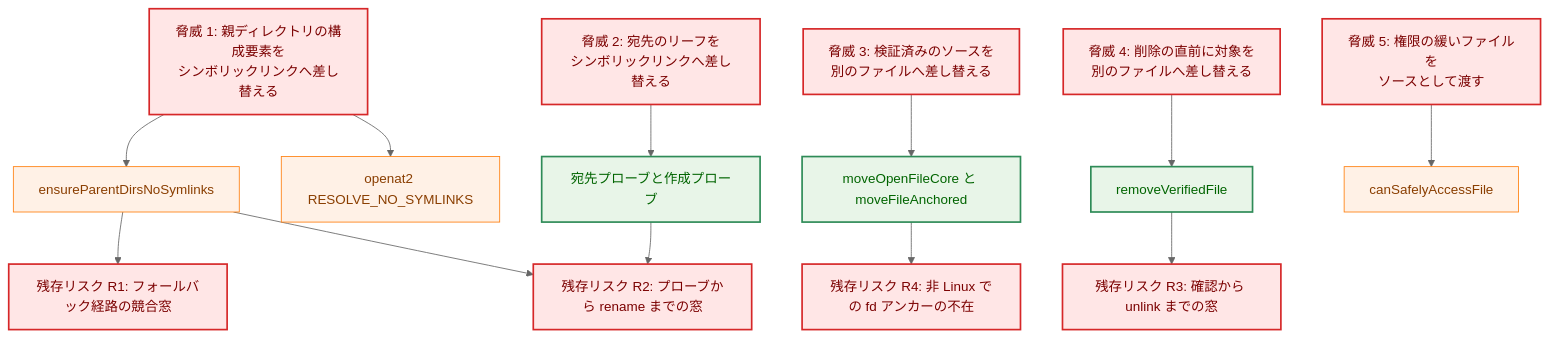
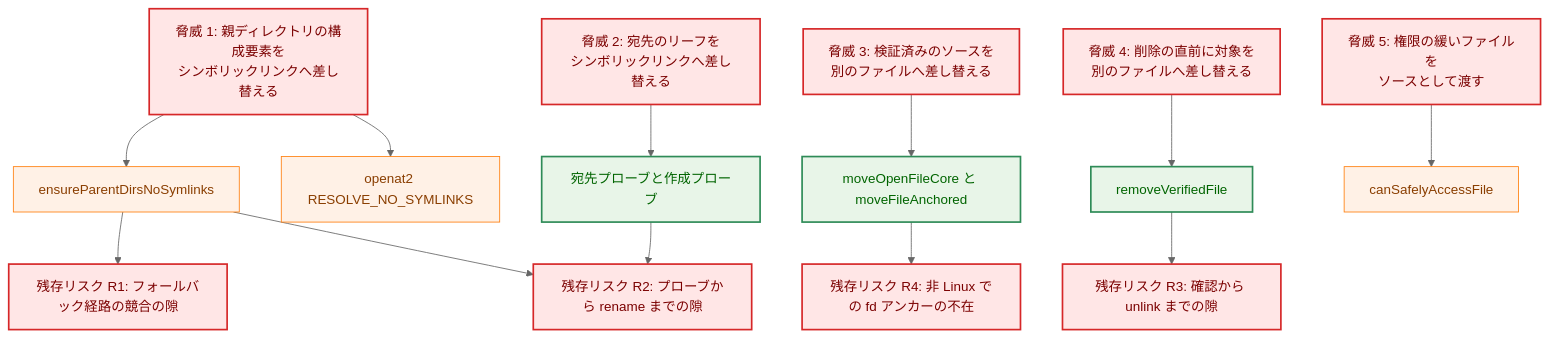
One commit to isseis/go-safe-cmd-runner changed the seventh of 12 diagrams in docs/tasks/0167_safefileio_b1_remaining/02_architecture.md. Above: the diagram before and after it, drawn with Mermaid (neutral theme). The commit also changed other lines of this file and 2 other files, not shown here.

````diff
--- a/docs/tasks/0167_safefileio_b1_remaining/02_architecture.md
+++ b/docs/tasks/0167_safefileio_b1_remaining/02_architecture.md
@@ -519,41 +519,41 @@
 ```mermaid
 flowchart TD
     classDef process fill:#fff1e6,stroke:#ff7f0e,stroke-width:1px,color:#8a3e00;
     classDef enhanced fill:#e8f5e8,stroke:#2e8b57,stroke-width:2px,color:#006400;
     classDef problem fill:#ffe6e6,stroke:#d62728,stroke-width:2px,color:#7b0000;
 
     T1["脅威 1: 親ディレクトリの構成要素を<br>シンボリックリンクへ差し替える"]
     T2["脅威 2: 宛先のリーフを<br>シンボリックリンクへ差し替える"]
     T3["脅威 3: 検証済みのソースを<br>別のファイルへ差し替える"]
     T4["脅威 4: 削除の直前に対象を<br>別のファイルへ差し替える"]
     T5["脅威 5: 権限の緩いファイルを<br>ソースとして渡す"]
 
     D1["ensureParentDirsNoSymlinks"]
     D2["openat2 RESOLVE_NO_SYMLINKS"]
     D3["宛先プローブと作成プローブ"]
     D4["moveOpenFileCore と moveFileAnchored"]
     D5["removeVerifiedFile"]
     D6["canSafelyAccessFile"]
 
-    R1["残存リスク R1: フォールバック経路の競合窓"]
-    R2["残存リスク R2: プローブから rename までの窓"]
-    R3["残存リスク R3: 確認から unlink までの窓"]
+    R1["残存リスク R1: フォールバック経路の競合の隙"]
+    R2["残存リスク R2: プローブから rename までの隙"]
+    R3["残存リスク R3: 確認から unlink までの隙"]
     R4["残存リスク R4: 非 Linux での fd アンカーの不在"]
 
     T1 --> D1
     T1 --> D2
     T2 --> D3
     T3 --> D4
     T4 --> D5
     T5 --> D6
     D1 --> R1
     D1 --> R2
     D3 --> R2
     D4 --> R4
     D5 --> R3
 
     class T1,T2,T3,T4,T5 problem
     class D1,D2,D6 process
     class D3,D4,D5 enhanced
     class R1,R2,R3,R4 problem
 ```
````
